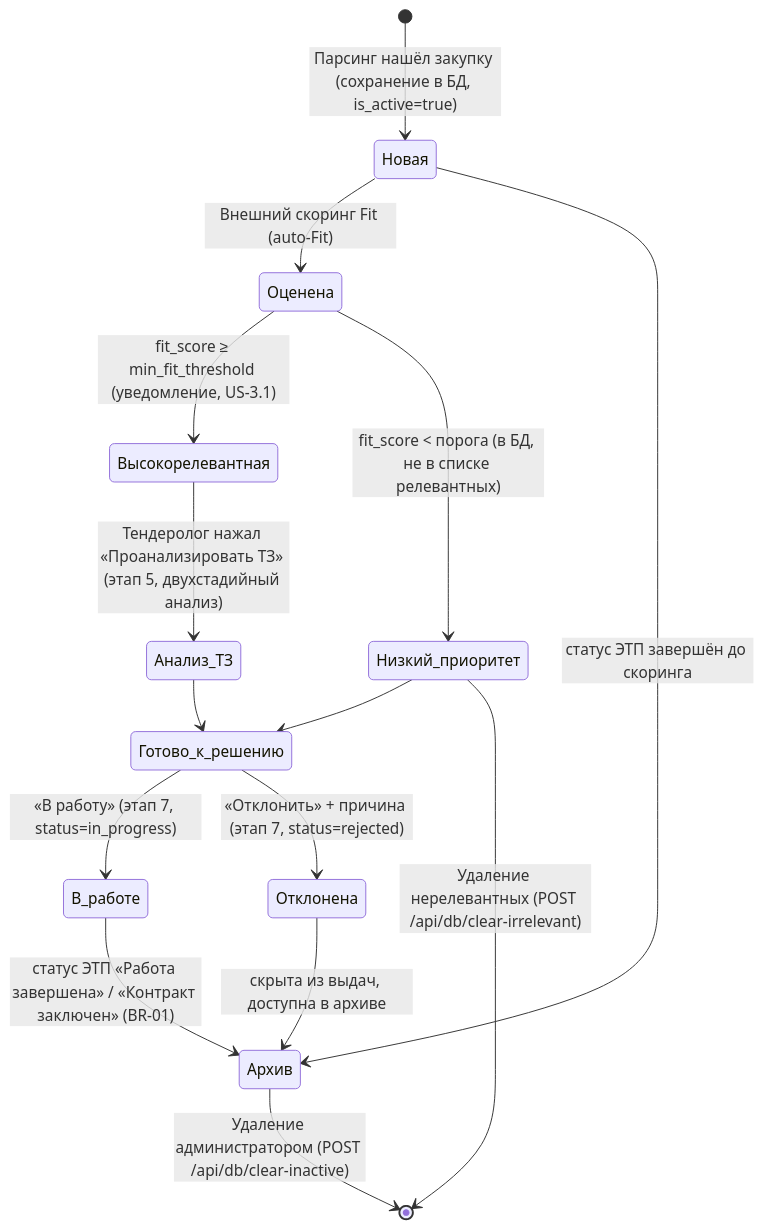
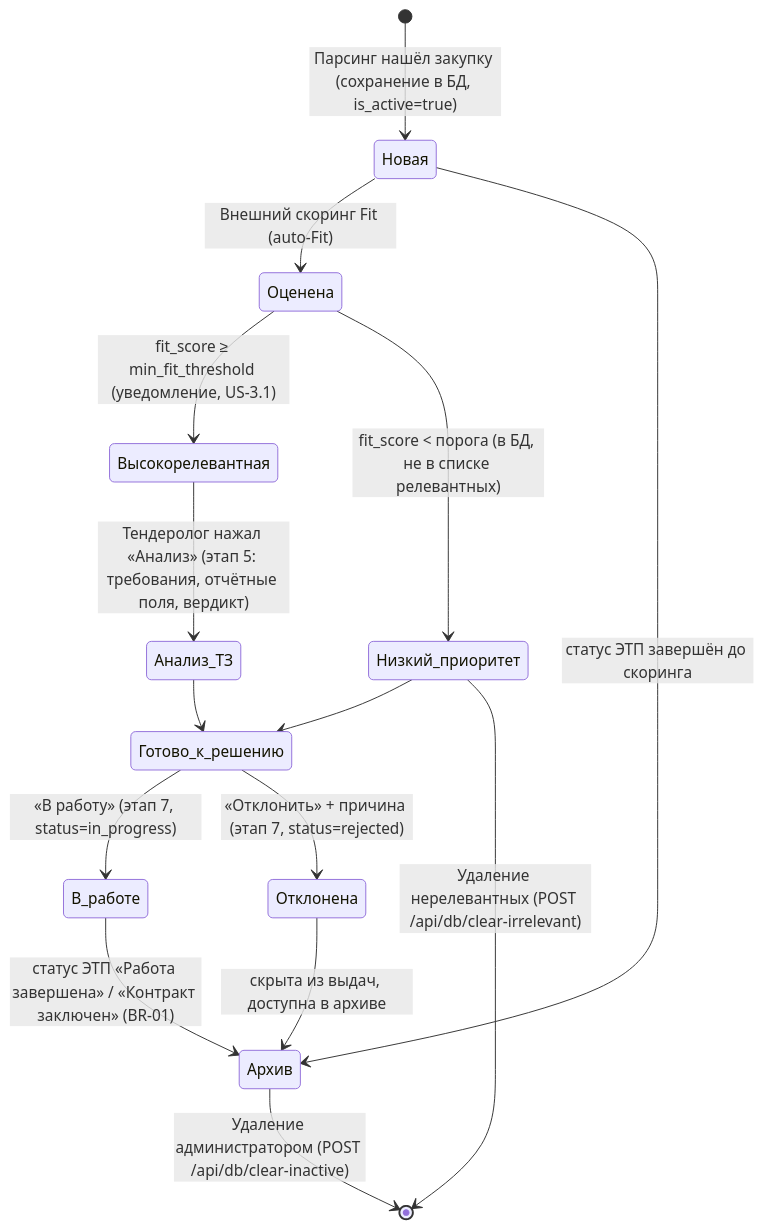
Before and after one commit to igorvolk1961/zakupki_parser: the first of 2 diagrams in docs/system_analysis/05_Diagrams/02_lifecycle_diagram.md, drawn with Mermaid. The commit also changed other lines of this file and 61 other files, not shown here.

````diff
--- a/docs/system_analysis/05_Diagrams/02_lifecycle_diagram.md
+++ b/docs/system_analysis/05_Diagrams/02_lifecycle_diagram.md
@@ -10,23 +10,23 @@
 ```mermaid
 stateDiagram-v2
     [*] --> Новая: Парсинг нашёл закупку (сохранение в БД, is_active=true)
 
     Новая --> Оценена: Внешний скоринг Fit (auto-Fit)
     Оценена --> Высокорелевантная: fit_score ≥ min_fit_threshold (уведомление, US-3.1)
     Оценена --> Низкий_приоритет: fit_score < порога (в БД, не в списке релевантных)
 
-    Высокорелевантная --> Анализ_ТЗ: Тендеролог нажал «Проанализировать ТЗ» (этап 5, двухстадийный анализ)
+    Высокорелевантная --> Анализ_ТЗ: Тендеролог нажал «Анализ» (этап 5: требования, отчётные поля, вердикт)
     Анализ_ТЗ --> Готово_к_решению
 
     Низкий_приоритет --> Готово_к_решению
 
     Готово_к_решению --> В_работе: «В работу» (этап 7, status=in_progress)
     Готово_к_решению --> Отклонена: «Отклонить» + причина (этап 7, status=rejected)
 
     В_работе --> Архив: статус ЭТП «Работа завершена» / «Контракт заключен» (BR-01)
     Новая --> Архив: статус ЭТП завершён до скоринга
     Отклонена --> Архив: скрыта из выдач, доступна в архиве
 
     Архив --> [*]: Удаление администратором (POST /api/db/clear-inactive)
     Низкий_приоритет --> [*]: Удаление нерелевантных (POST /api/db/clear-irrelevant)
 ```
````
